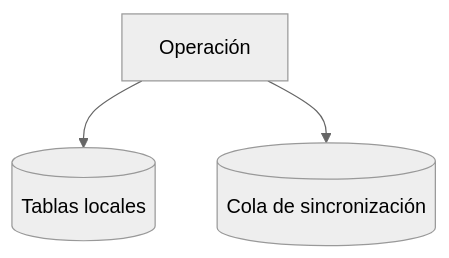
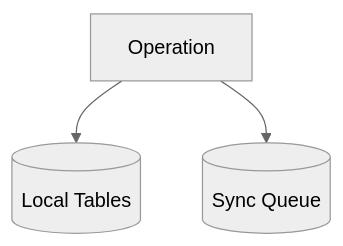
Before and after one commit to migueval/software-engineering: diagram 15 of 29 in Connectivity Strategies in Distributed Systems/ARCHITECTURE.md, drawn with Mermaid (neutral theme). The commit also changed other lines of this file and 19 other files, not shown here.

````diff
--- a/Connectivity Strategies in Distributed Systems/ARCHITECTURE.md
+++ b/Connectivity Strategies in Distributed Systems/ARCHITECTURE.md
@@ -771,10 +771,10 @@
 ```mermaid
 flowchart TD
 
-    OPERATION["Operación"]
-    BUSINESS_TABLES[("Tablas locales")]
-    SYNC_QUEUE[("Cola de sincronización")]
+    OPERATION["Operation"]
+    BUSINESS_TABLES[("Local Tables")]
+    SYNC_QUEUE[("Sync Queue")]
 
     OPERATION --> BUSINESS_TABLES
     OPERATION --> SYNC_QUEUE
 ```
````
